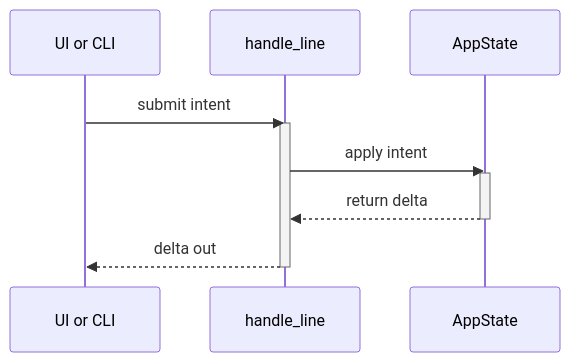
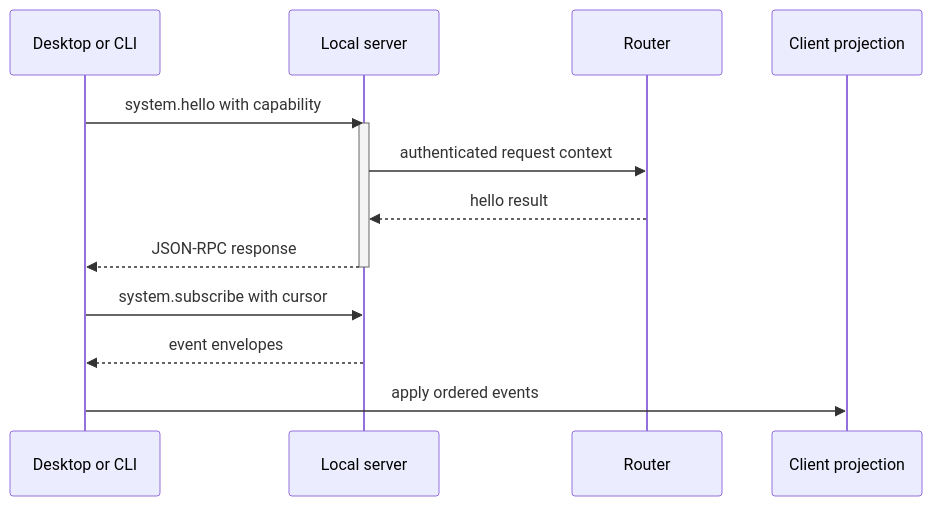
Before and after one commit to BoardPandas/Pandamux: the second of 3 diagrams in docs/core/ARCHITECTURE.md, drawn with Mermaid. The commit also changed other lines of this file and 25 other files, not shown here.

First line of the commit message:
docs: rebuild current architecture wiki

````diff
--- a/docs/core/ARCHITECTURE.md
+++ b/docs/core/ARCHITECTURE.md
@@ -85,15 +85,17 @@
 ```mermaid
 sequenceDiagram
-    participant Caller as UI or CLI
-    participant Dispatcher as handle_line
-    participant State as AppState
+    participant D as Desktop or CLI
+    participant S as Local server
+    participant R as Router
+    participant P as Client projection
 
-    Caller->>Dispatcher: submit intent ;
-    activate Dispatcher
-    Dispatcher->>State: apply intent ;
-    activate State
-    State-->>Dispatcher: return delta ;
-    deactivate State
-    Dispatcher-->>Caller: delta out ;
-    deactivate Dispatcher
+    D->>S: system.hello with capability
+    activate S
+    S->>R: authenticated request context
+    R-->>S: hello result
+    S-->>D: JSON-RPC response
+    deactivate S
+    D->>S: system.subscribe with cursor
+    S-->>D: event envelopes
+    D->>P: apply ordered events
 ```
````
